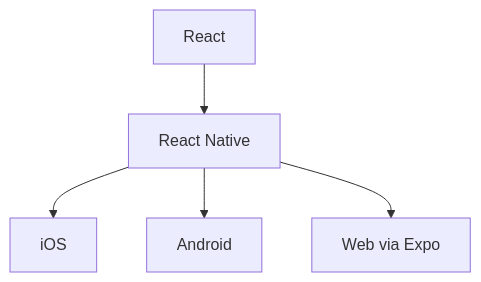
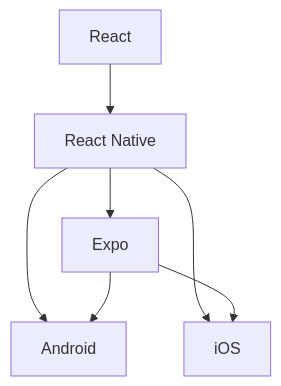
The first of 2 diagrams in docs/encontros/encontro-02.md (luciano-alexandre/dispositivos-moveis), drawn with Mermaid before and after one commit. The commit also changed other lines of this file, not shown here.

````diff
--- a/docs/encontros/encontro-02.md
+++ b/docs/encontros/encontro-02.md
@@ -41,7 +117,9 @@
 ```mermaid
 graph TD
   A[React] --> B[React Native]
-  B --> C[iOS]
+  B --> C[Expo]
   B --> D[Android]
-  B --> E[Web via Expo]
+  B --> E[iOS]
+  C --> D
+  C --> E
 ```
````
